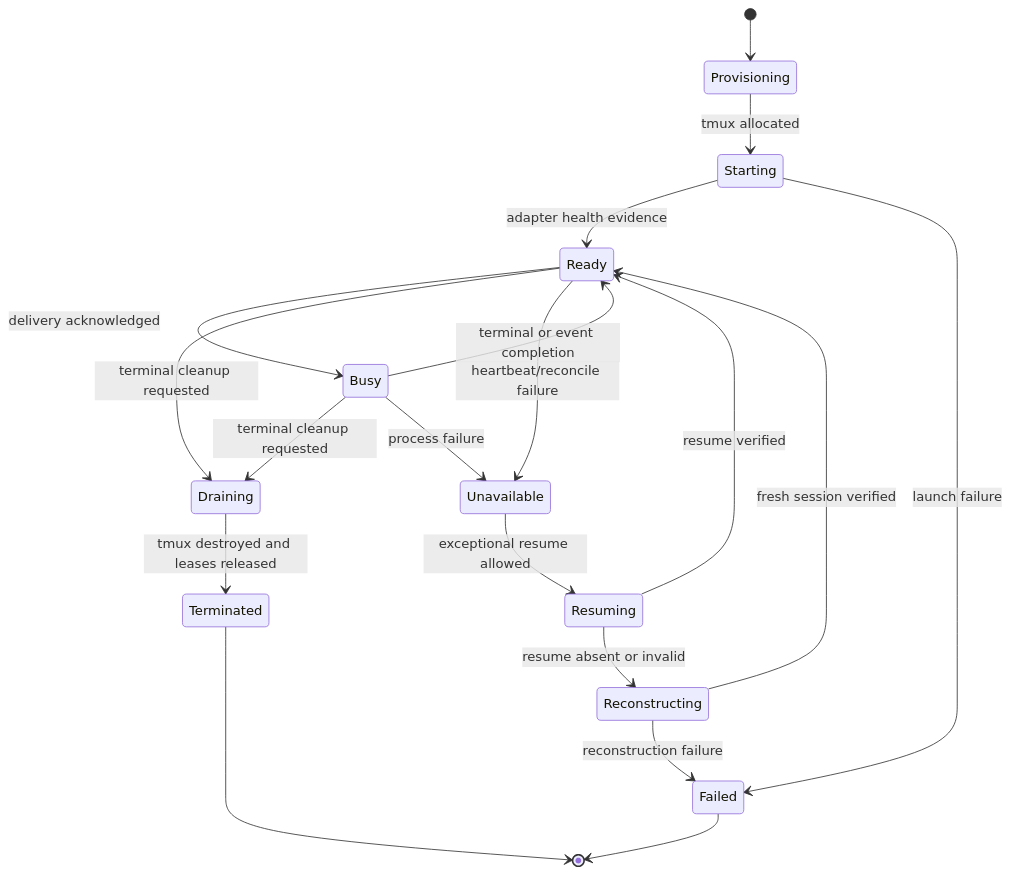
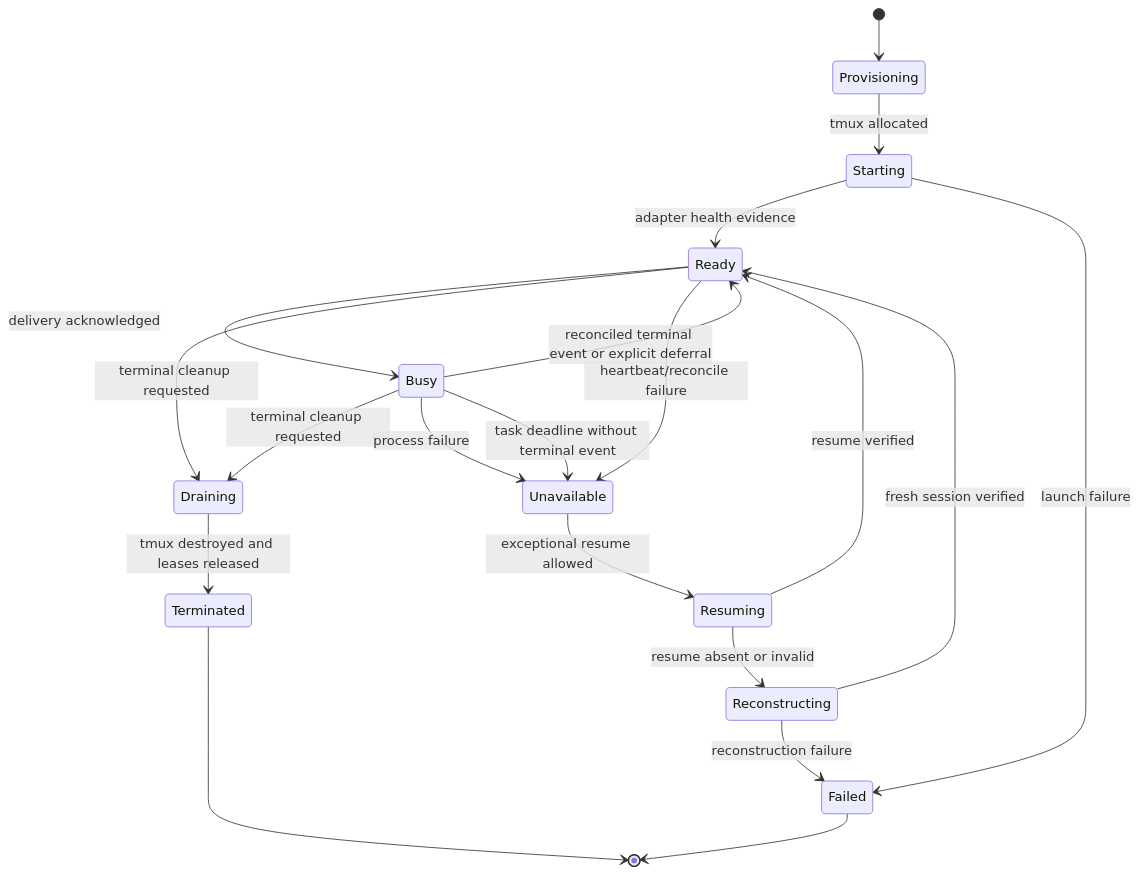
One commit to tinhnvAdnetplus/design-document changed the second of 9 diagrams in docs/architecture/03-state-model-diagrams.md. Above: the diagram before and after it, drawn with Mermaid. The commit also changed 22 other files, not shown here.

```diff
--- a/docs/architecture/03-state-model-diagrams.md
+++ b/docs/architecture/03-state-model-diagrams.md
@@ -68,21 +68,22 @@
 ~~~mermaid
 stateDiagram-v2
     [*] --> Provisioning
     Provisioning --> Starting: tmux allocated
     Starting --> Ready: adapter health evidence
     Starting --> Failed: launch failure
     Ready --> Busy: delivery acknowledged
-    Busy --> Ready: terminal or event completion
+    Busy --> Ready: reconciled terminal event or explicit deferral
     Ready --> Draining: terminal cleanup requested
     Busy --> Draining: terminal cleanup requested
     Draining --> Terminated: tmux destroyed and leases released
     Ready --> Unavailable: heartbeat/reconcile failure
     Busy --> Unavailable: process failure
+    Busy --> Unavailable: task deadline without terminal event
     Unavailable --> Resuming: exceptional resume allowed
     Resuming --> Ready: resume verified
     Resuming --> Reconstructing: resume absent or invalid
     Reconstructing --> Ready: fresh session verified
     Reconstructing --> Failed: reconstruction failure
     Failed --> [*]
     Terminated --> [*]
 ~~~
```
